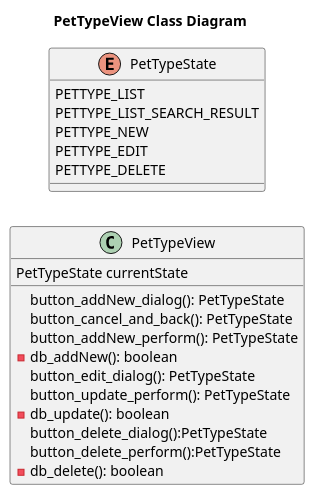
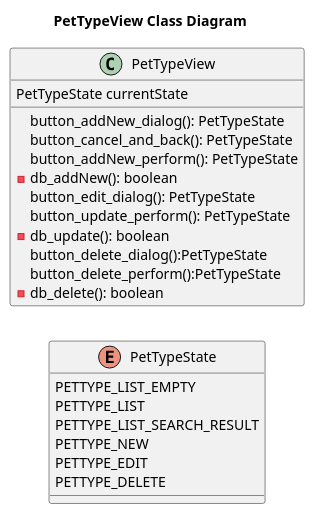
One commit to Jakarta-EE-Petclinic/petclinic-uml changed the diagram in puml/pettype/PetTypeView__Class.puml. Above: the diagram before and after it, drawn with PlantUML. The commit also changed 3 other files, not shown here.

```diff
--- a/puml/pettype/PetTypeView__Class.puml
+++ b/puml/pettype/PetTypeView__Class.puml
@@ -1,31 +1,32 @@
 @startuml
 'https://plantuml.com/class-diagram
 
 title PetTypeView Class Diagram
 
 left to right direction
 'top to bottom direction
+
+enum PetTypeState {
+    PETTYPE_LIST_EMPTY
+    PETTYPE_LIST
+    PETTYPE_LIST_SEARCH_RESULT
+    PETTYPE_NEW
+    PETTYPE_EDIT
+    PETTYPE_DELETE
+}
 
 class PetTypeView {
     PetTypeState currentState
     button_addNew_dialog(): PetTypeState
     button_cancel_and_back(): PetTypeState
     button_addNew_perform(): PetTypeState
     - db_addNew(): boolean
     button_edit_dialog(): PetTypeState
     button_update_perform(): PetTypeState
     - db_update(): boolean
     button_delete_dialog():PetTypeState
     button_delete_perform():PetTypeState
     - db_delete(): boolean
 }
 
-enum PetTypeState {
-    PETTYPE_LIST
-    PETTYPE_LIST_SEARCH_RESULT
-    PETTYPE_NEW
-    PETTYPE_EDIT
-    PETTYPE_DELETE
-}
-
 @enduml
```
